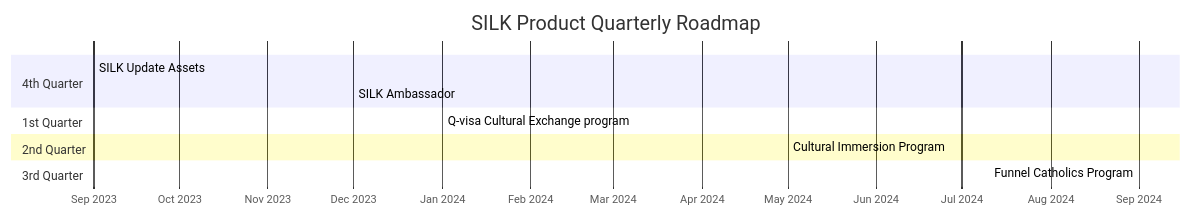
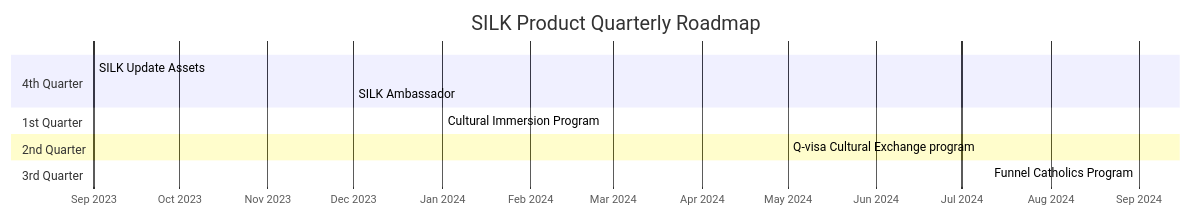
Before and after one commit to sizzzy/Silk-Corp-Guide: the diagram in research/SILK- quarterlygoals.md, drawn with Mermaid.

Commit message:
Update SILK- quarterlygoals.md

````diff
--- a/research/SILK- quarterlygoals.md
+++ b/research/SILK- quarterlygoals.md
@@ -1,21 +1,21 @@
 ```mermaid
 gantt
   title SILK Product Quarterly Roadmap
   dateFormat YYYY-MM
   axisFormat %b %Y
 
   section 4th Quarter
   SILK Update Assets          : done, 2023-09-01, 2023-11-30
   SILK Ambassador : done, 2023-12-01, 2023-12-31
 
   section 1st Quarter
-  Q-visa Cultural Exchange program   : done, 2024-01-01, 2024-04-30
+  Cultural Immersion Program  : done, 2024-01-01, 2024-04-30
 
   section 2nd Quarter
-  Cultural Immersion Program  : done, 2024-05-01, 2024-08-31
+  Q-visa Cultural Exchange program   : done, 2024-05-01, 2024-08-31
 
   section 3rd Quarter
   Funnel Catholics Program : done, 2024-09-01, 2024-12-31
 
 
 ```
````
